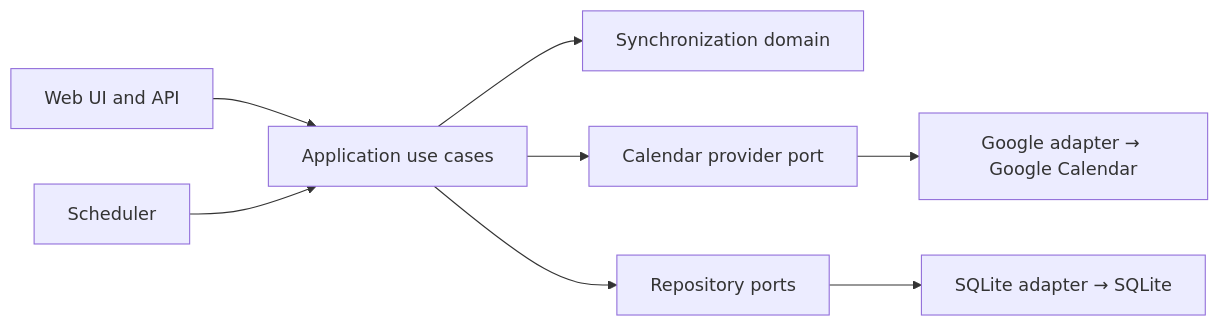
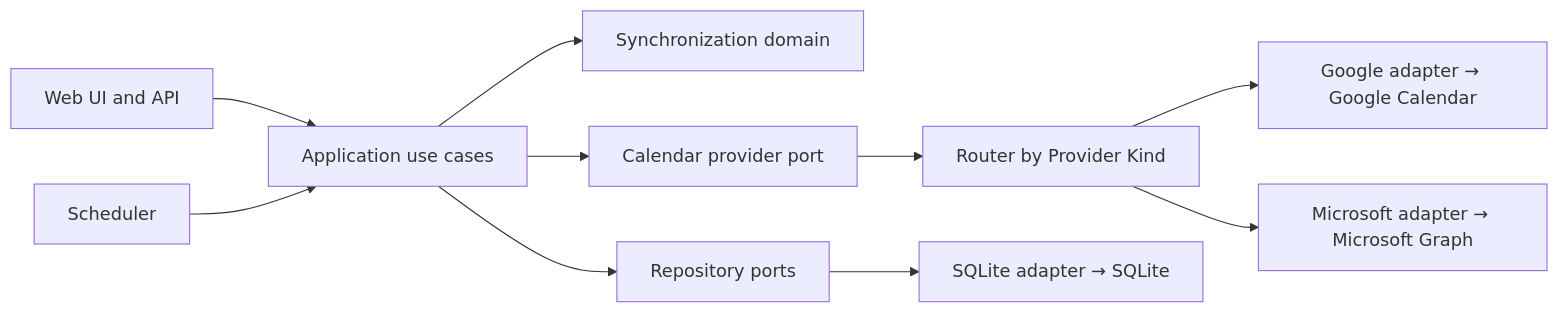
The diagram in README.md (DannieBGoode/calendar-ghost), drawn with Mermaid before and after one commit. The commit also changed other lines of this file and 11 other files, not shown here.

````diff
--- a/README.md
+++ b/README.md
@@ -395,10 +430,12 @@
 ```mermaid
 flowchart LR
     UI[Web UI and API] --> APP[Application use cases]
     WORKER[Scheduler] --> APP
     APP --> DOMAIN[Synchronization domain]
     APP --> GP[Calendar provider port]
     APP --> RP[Repository ports]
-    GP --> GOOGLE[Google adapter → Google Calendar]
+    GP --> ROUTER[Router by Provider Kind]
+    ROUTER --> GOOGLE[Google adapter → Google Calendar]
+    ROUTER --> MICROSOFT[Microsoft adapter → Microsoft Graph]
     RP --> SQLITE[SQLite adapter → SQLite]
 ```
````
